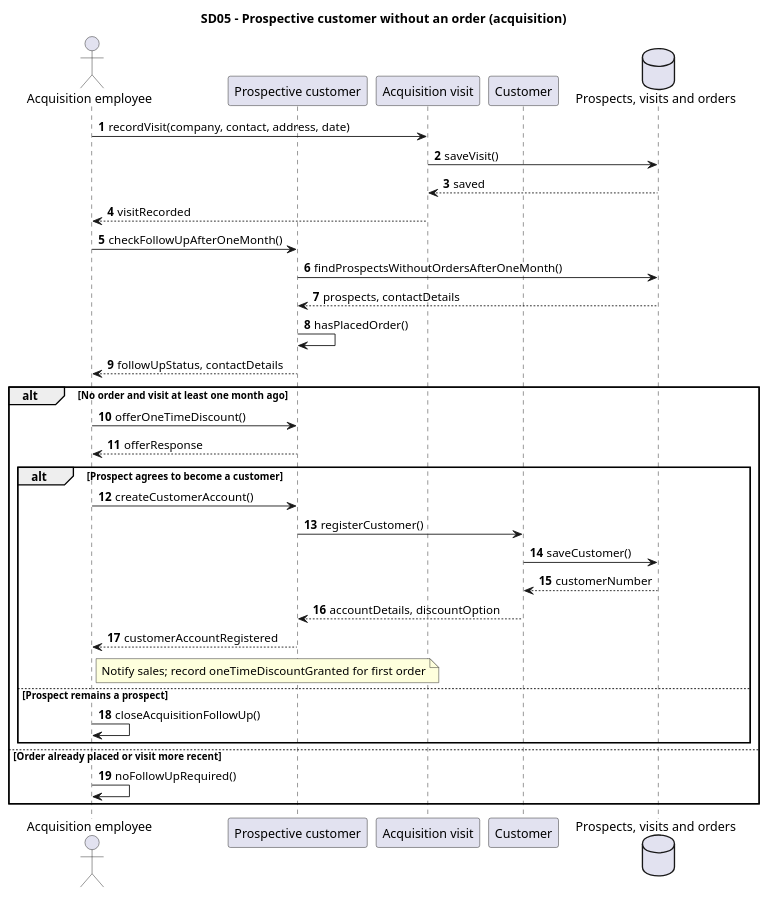
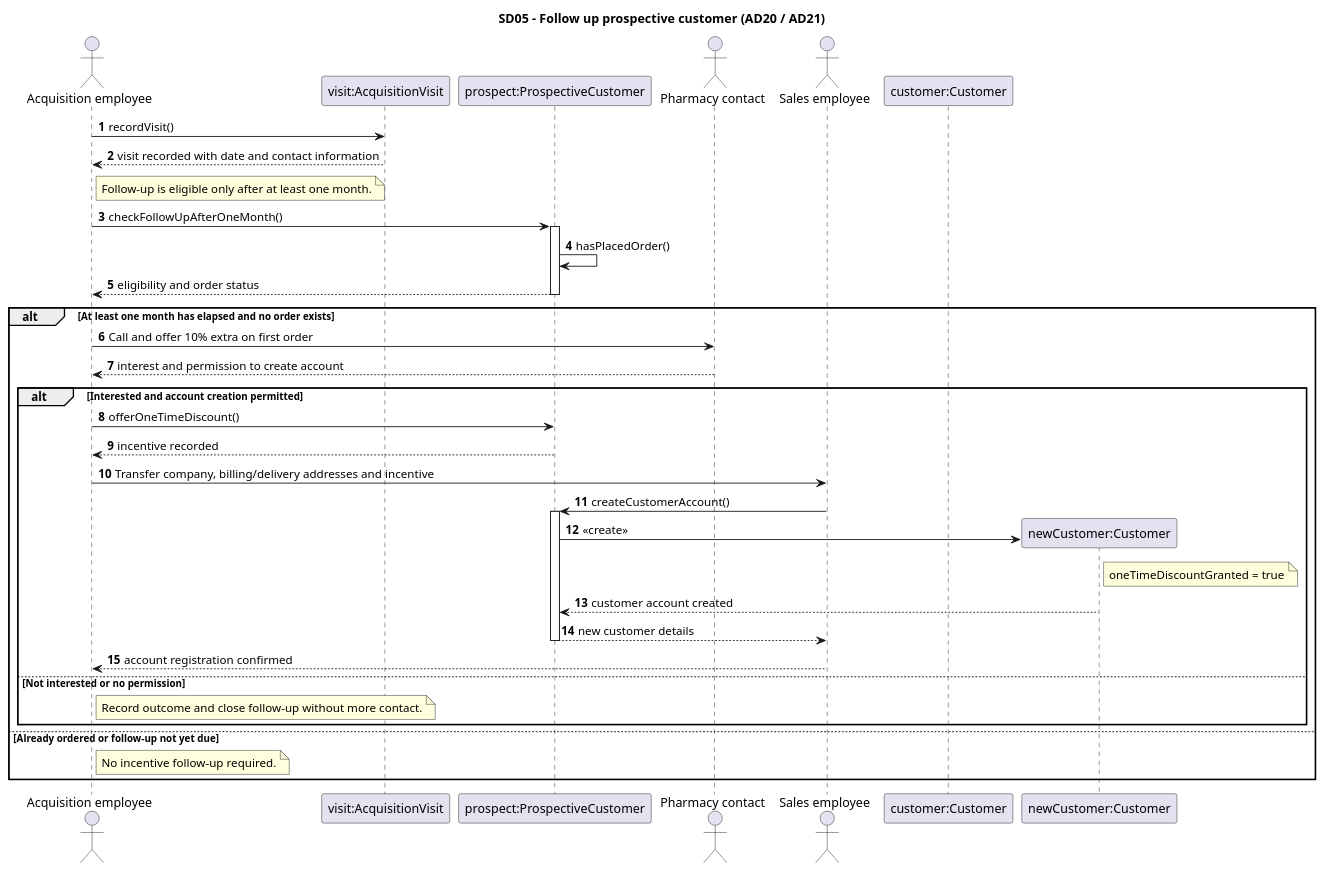
The diagram in Documentation/Architecture/uml/src/sequence_diagrams/SD05_PotentieleKlantGeenBestelling.puml (ViktorQorri/Project-Timaflu), drawn with PlantUML before and after one commit. The commit also changed 9 other files, not shown here.

Commit message:
Align sequence diagrams with UML domain model and use cases

```diff
--- a/Documentation/Architecture/uml/src/sequence_diagrams/SD05_PotentieleKlantGeenBestelling.puml
+++ b/Documentation/Architecture/uml/src/sequence_diagrams/SD05_PotentieleKlantGeenBestelling.puml
@@ -1,37 +1,40 @@
 @startuml
-title SD05 - Prospective customer without an order (acquisition)
+title SD05 - Follow up prospective customer (AD20 / AD21)
 autonumber
-
-actor "Acquisition employee" as M
-participant "Prospective customer" as P
-participant "Acquisition visit" as V
-participant "Customer" as K
-database "Prospects, visits and orders" as DB
-
-M -> V: recordVisit(company, contact, address, date)
-V -> DB: saveVisit()
-DB --> V: saved
-V --> M: visitRecorded
-M -> P: checkFollowUpAfterOneMonth()
-P -> DB: findProspectsWithoutOrdersAfterOneMonth()
-DB --> P: prospects, contactDetails
-P -> P: hasPlacedOrder()
-P --> M: followUpStatus, contactDetails
-alt No order and visit at least one month ago
-  M -> P: offerOneTimeDiscount()
-  P --> M: offerResponse
-  alt Prospect agrees to become a customer
-    M -> P: createCustomerAccount()
-    P -> K: registerCustomer()
-    K -> DB: saveCustomer()
-    DB --> K: customerNumber
-    K --> P: accountDetails, discountOption
-    P --> M: customerAccountRegistered
-    note right of M: Notify sales; record oneTimeDiscountGranted for first order
-  else Prospect remains a prospect
-    M -> M: closeAcquisitionFollowUp()
+actor "Acquisition employee" as Acquisition
+participant "visit:AcquisitionVisit" as Visit
+participant "prospect:ProspectiveCustomer" as Prospect
+actor "Pharmacy contact" as Pharmacy
+actor "Sales employee" as Sales
+participant "customer:Customer" as Customer
+Acquisition -> Visit: recordVisit()
+Visit --> Acquisition: visit recorded with date and contact information
+note right of Acquisition: Follow-up is eligible only after at least one month.
+Acquisition -> Prospect: checkFollowUpAfterOneMonth()
+activate Prospect
+Prospect -> Prospect: hasPlacedOrder()
+Prospect --> Acquisition: eligibility and order status
+deactivate Prospect
+alt At least one month has elapsed and no order exists
+  Acquisition -> Pharmacy: Call and offer 10% extra on first order
+  Pharmacy --> Acquisition: interest and permission to create account
+  alt Interested and account creation permitted
+    Acquisition -> Prospect: offerOneTimeDiscount()
+    Prospect --> Acquisition: incentive recorded
+    Acquisition -> Sales: Transfer company, billing/delivery addresses and incentive
+    Sales -> Prospect: createCustomerAccount()
+    activate Prospect
+    create participant "newCustomer:Customer" as NewCustomer
+    Prospect -> NewCustomer: <<create>>
+    note right of NewCustomer: oneTimeDiscountGranted = true
+    NewCustomer --> Prospect: customer account created
+    Prospect --> Sales: new customer details
+    deactivate Prospect
+    Sales --> Acquisition: account registration confirmed
+  else Not interested or no permission
+    note right of Acquisition: Record outcome and close follow-up without more contact.
   end
-else Order already placed or visit more recent
-  M -> M: noFollowUpRequired()
+else Already ordered or follow-up not yet due
+  note right of Acquisition: No incentive follow-up required.
 end
 @enduml
```
